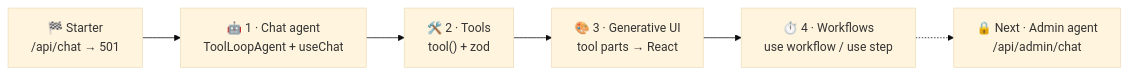
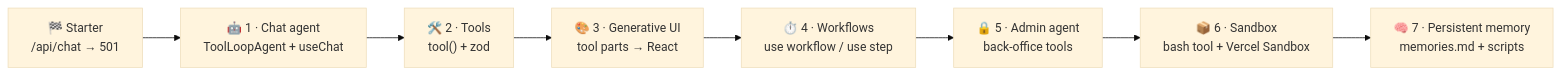
One commit to FLarra/vercel-agent-foundations-certification-flarra-2 changed the first of 12 diagrams in README.md. Above: the diagram before and after it, drawn with Mermaid (base theme). The commit also changed other lines of this file, not shown here.

````diff
--- a/README.md
+++ b/README.md
@@ -23,8 +23,10 @@
 ```mermaid
 flowchart LR
     S["🏁 Starter<br/>/api/chat → 501"] --> C1["🤖 1 · Chat agent<br/>ToolLoopAgent + useChat"]
     C1 --> C2["🛠️ 2 · Tools<br/>tool() + zod"]
     C2 --> C3["🎨 3 · Generative UI<br/>tool parts → React"]
     C3 --> C4["⏱️ 4 · Workflows<br/>use workflow / use step"]
-    C4 -.-> C5["🔒 Next · Admin agent<br/>/api/admin/chat"]
+    C4 --> C5["🔒 5 · Admin agent<br/>back-office tools"]
+    C5 --> C6["📦 6 · Sandbox<br/>bash tool + Vercel Sandbox"]
+    C6 --> C7["🧠 7 · Persistent memory<br/>memories.md + scripts"]
 ```
````
